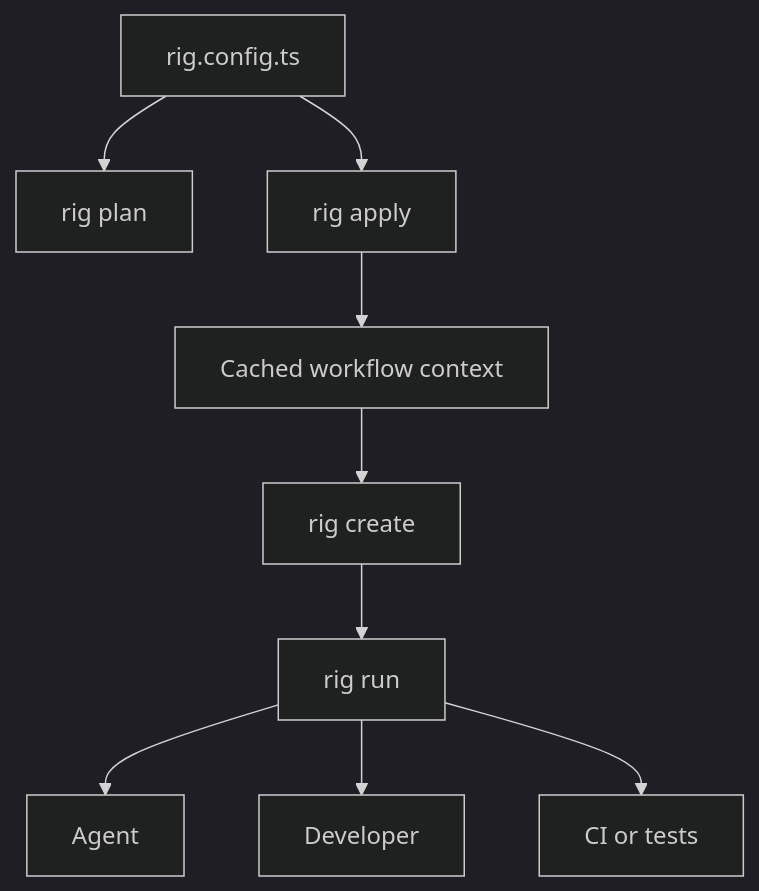
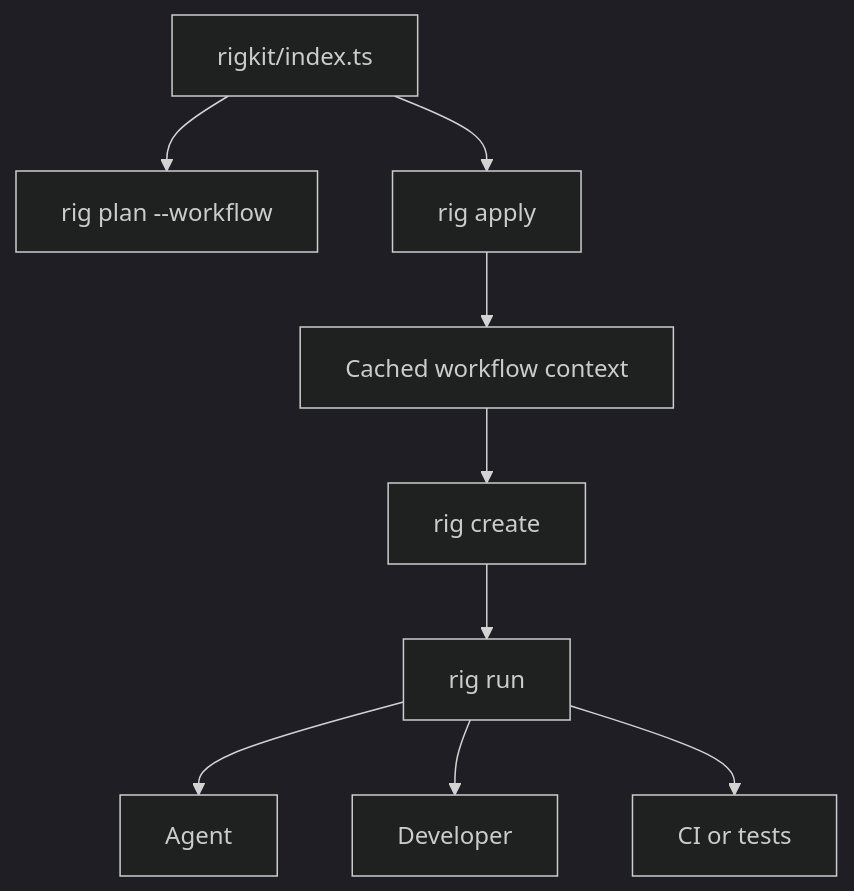
One commit to Ben2W/stoke changed the first of 2 diagrams in apps/docs/canary/concepts/mental-model.mdx. Above: the diagram before and after it, drawn with Mermaid (dark theme). The commit also changed other lines of this file and 122 other files, not shown here.

````diff
--- a/apps/docs/canary/concepts/mental-model.mdx
+++ b/apps/docs/canary/concepts/mental-model.mdx
@@ -12,11 +12,11 @@
 ```mermaid
 flowchart TD
-  Config["rig.config.ts"] --> Plan["rig plan"]
+  Config["rigkit/index.ts"] --> Plan["rig plan --workflow <name>"]
   Config --> Apply["rig apply"]
   Apply --> Cache["Cached workflow context"]
   Cache --> Workspace["rig create <workspace>"]
   Workspace --> Run["rig run <workspace> <operation>"]
   Run --> Agent["Agent"]
   Run --> Developer["Developer"]
   Run --> CI["CI or tests"]
 ```
````
